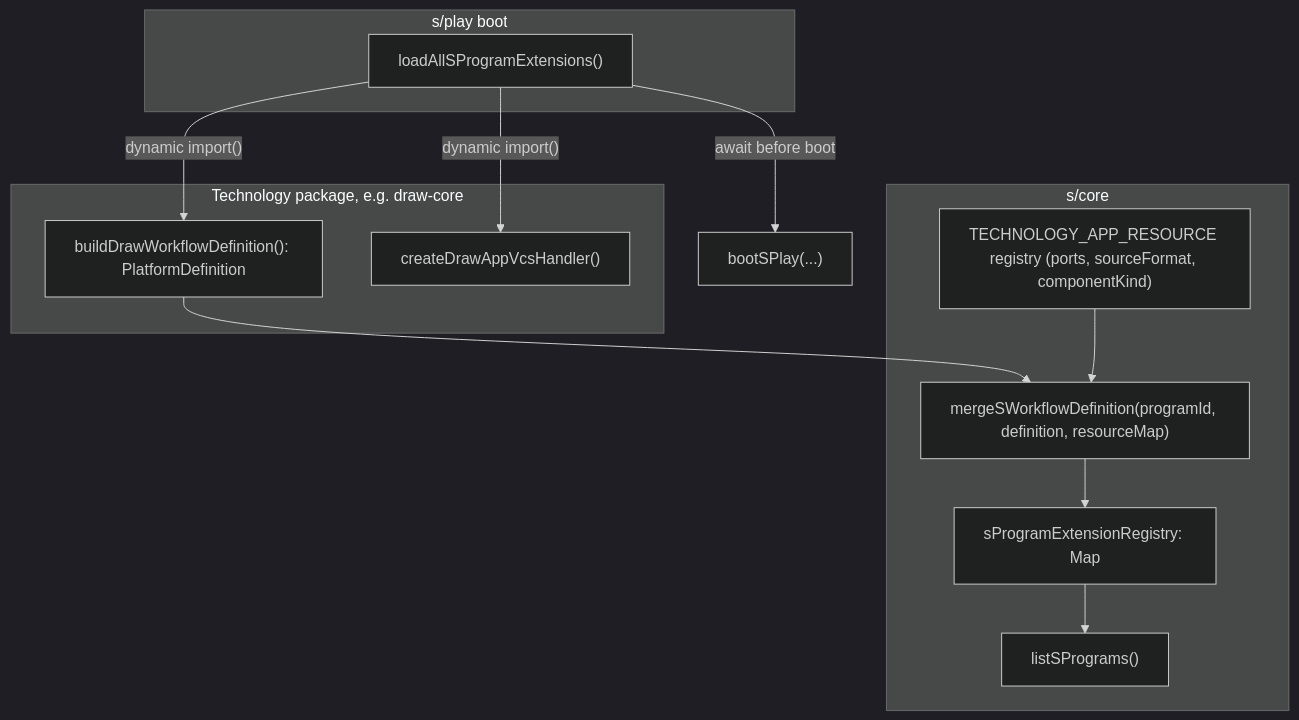
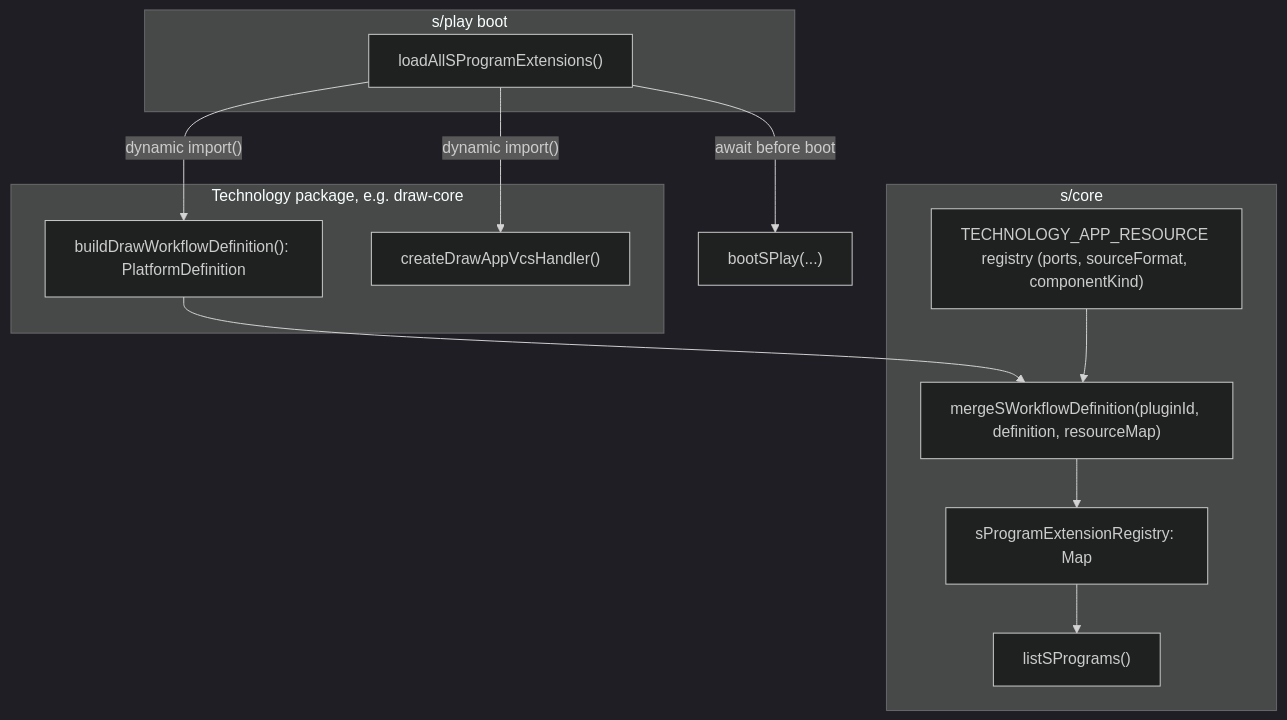
One commit to usalu/semio changed the diagram in .cursor/plans/s_technology_extension_loading_7b106fe7.plan.md. Above: the diagram before and after it, drawn with Mermaid (dark theme). The commit also changed other lines of this file and 663 other files, not shown here.

````diff
--- a/.cursor/plans/s_technology_extension_loading_7b106fe7.plan.md
+++ b/.cursor/plans/s_technology_extension_loading_7b106fe7.plan.md
@@ -56,23 +56,23 @@
 ```mermaid
 flowchart TD
     subgraph techPkg [Technology package, e.g. draw-core]
         buildDef["buildDrawWorkflowDefinition(): PlatformDefinition"]
         vcsHandler["createDrawAppVcsHandler()"]
     end
     subgraph sCore [s/core]
         resourceMap["TECHNOLOGY_APP_RESOURCE registry (ports, sourceFormat, componentKind)"]
-        mergeFn["mergeSWorkflowDefinition(programId, definition, resourceMap)"]
+        mergeFn["mergeSWorkflowDefinition(pluginId, definition, resourceMap)"]
         registry["sProgramExtensionRegistry: Map"]
         listPrograms["listSPrograms()"]
     end
     subgraph sPlay [s/play boot]
         loader["loadAllSProgramExtensions()"]
     end
     loader -->|"dynamic import()"| buildDef
     loader -->|"dynamic import()"| vcsHandler
     buildDef --> mergeFn
     resourceMap --> mergeFn
     mergeFn --> registry
     registry --> listPrograms
     loader -->|await before boot| bootSPlay["bootSPlay(...)"]
 ```
````
